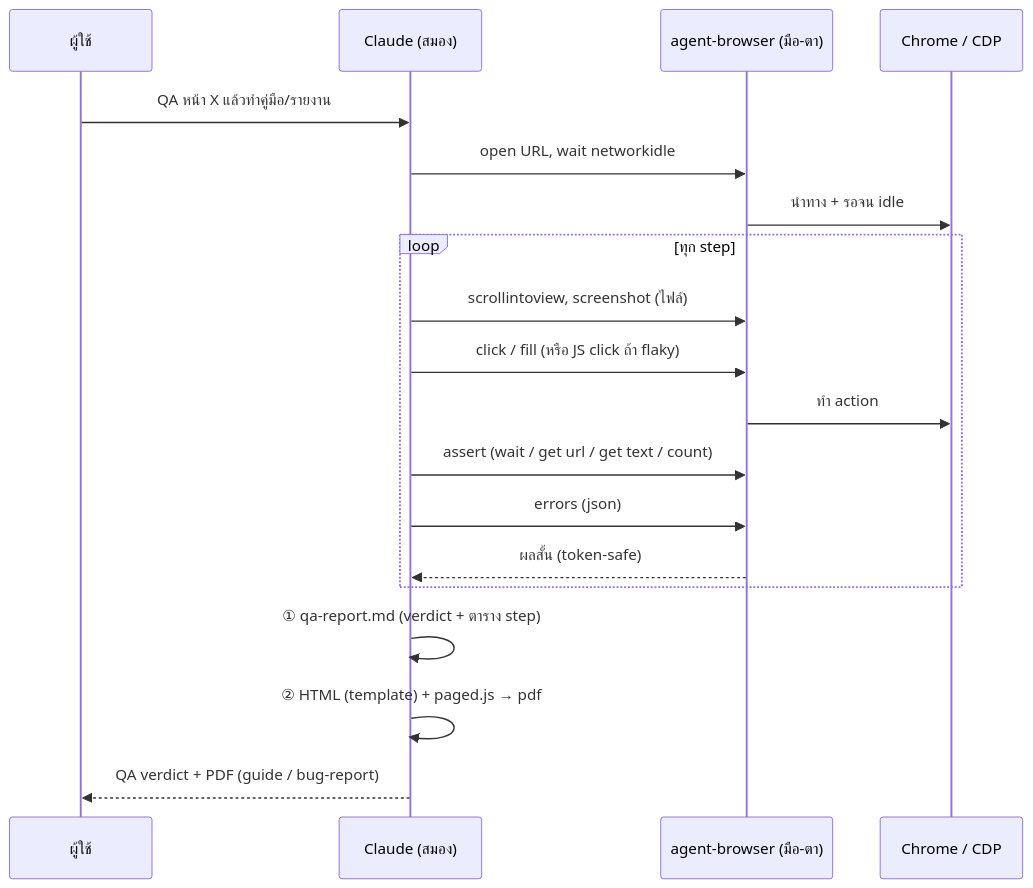
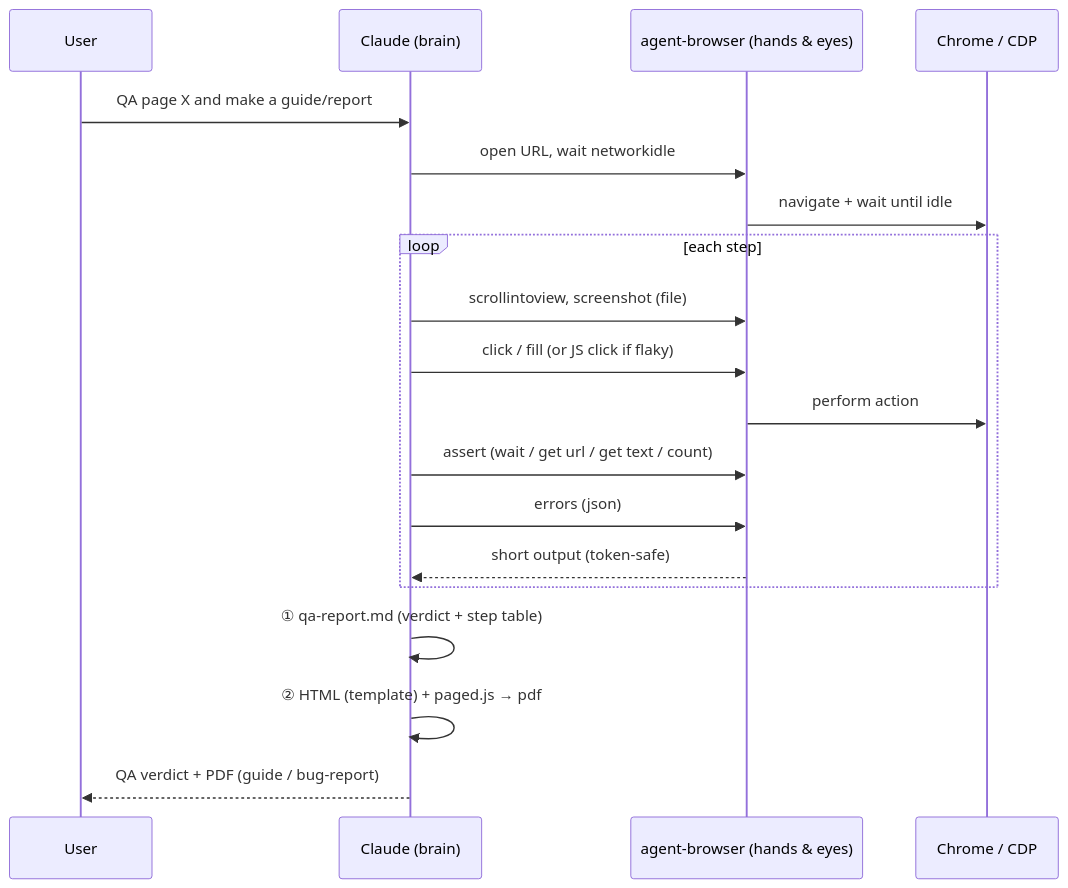
One commit to wichtking/agent-browser-qa changed the first of 5 diagrams in docs/ARCHITECTURE.md. Above: the diagram before and after it, drawn with Mermaid. The commit also changed other lines of this file and 6 other files, not shown here.

````diff
--- a/docs/ARCHITECTURE.md
+++ b/docs/ARCHITECTURE.md
@@ -21,21 +22,21 @@
 ```mermaid
 sequenceDiagram
-    participant U as ผู้ใช้
-    participant C as Claude (สมอง)
-    participant A as agent-browser (มือ-ตา)
+    participant U as User
+    participant C as Claude (brain)
+    participant A as agent-browser (hands & eyes)
     participant B as Chrome / CDP
-    U->>C: QA หน้า X แล้วทำคู่มือ/รายงาน
+    U->>C: QA page X and make a guide/report
     C->>A: open URL, wait networkidle
-    A->>B: นำทาง + รอจน idle
-    loop ทุก step
-        C->>A: scrollintoview, screenshot (ไฟล์)
-        C->>A: click / fill (หรือ JS click ถ้า flaky)
-        A->>B: ทำ action
+    A->>B: navigate + wait until idle
+    loop each step
+        C->>A: scrollintoview, screenshot (file)
+        C->>A: click / fill (or JS click if flaky)
+        A->>B: perform action
         C->>A: assert (wait / get url / get text / count)
         C->>A: errors (json)
-        A-->>C: ผลสั้น (token-safe)
+        A-->>C: short output (token-safe)
     end
-    C->>C: ① qa-report.md (verdict + ตาราง step)
+    C->>C: ① qa-report.md (verdict + step table)
     C->>C: ② HTML (template) + paged.js → pdf
     C-->>U: QA verdict + PDF (guide / bug-report)
 ```
````
